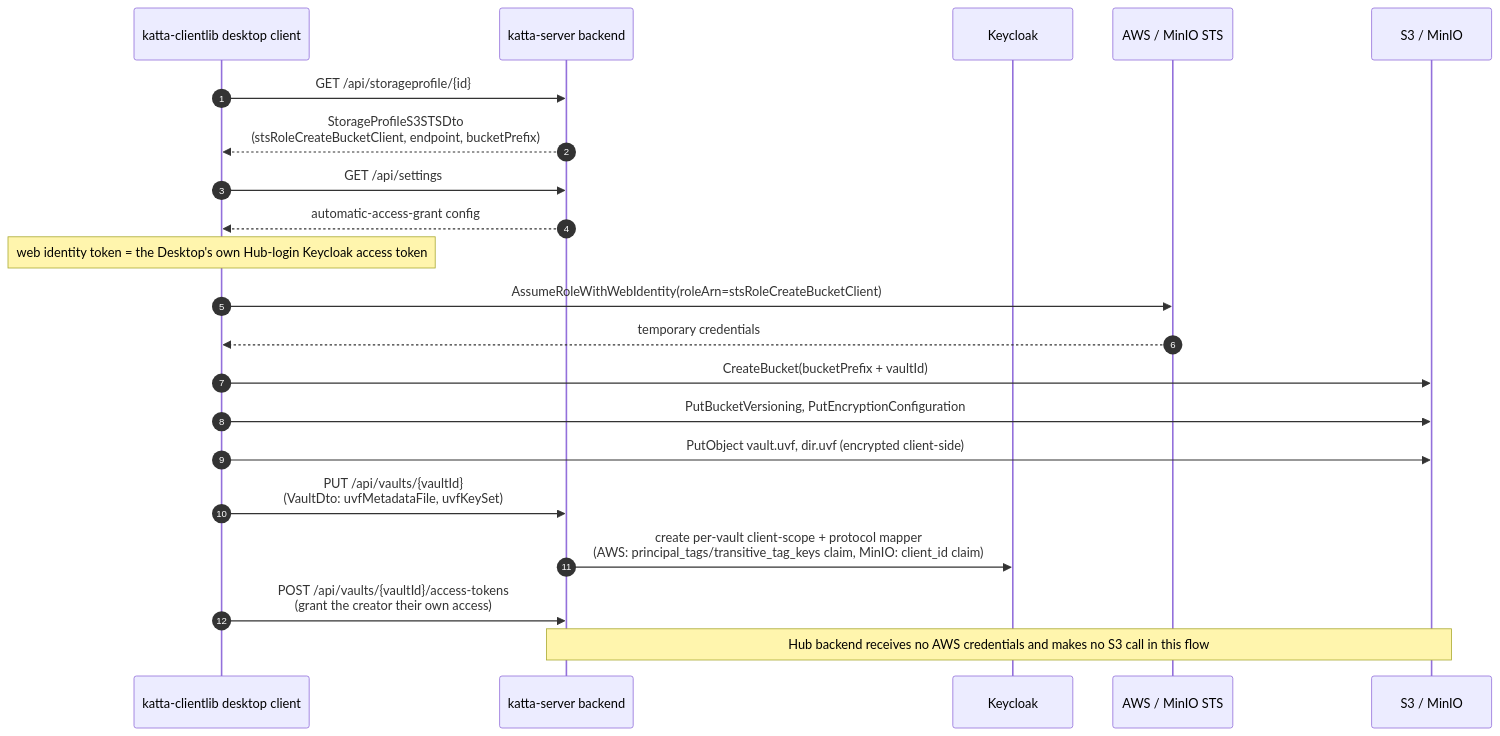
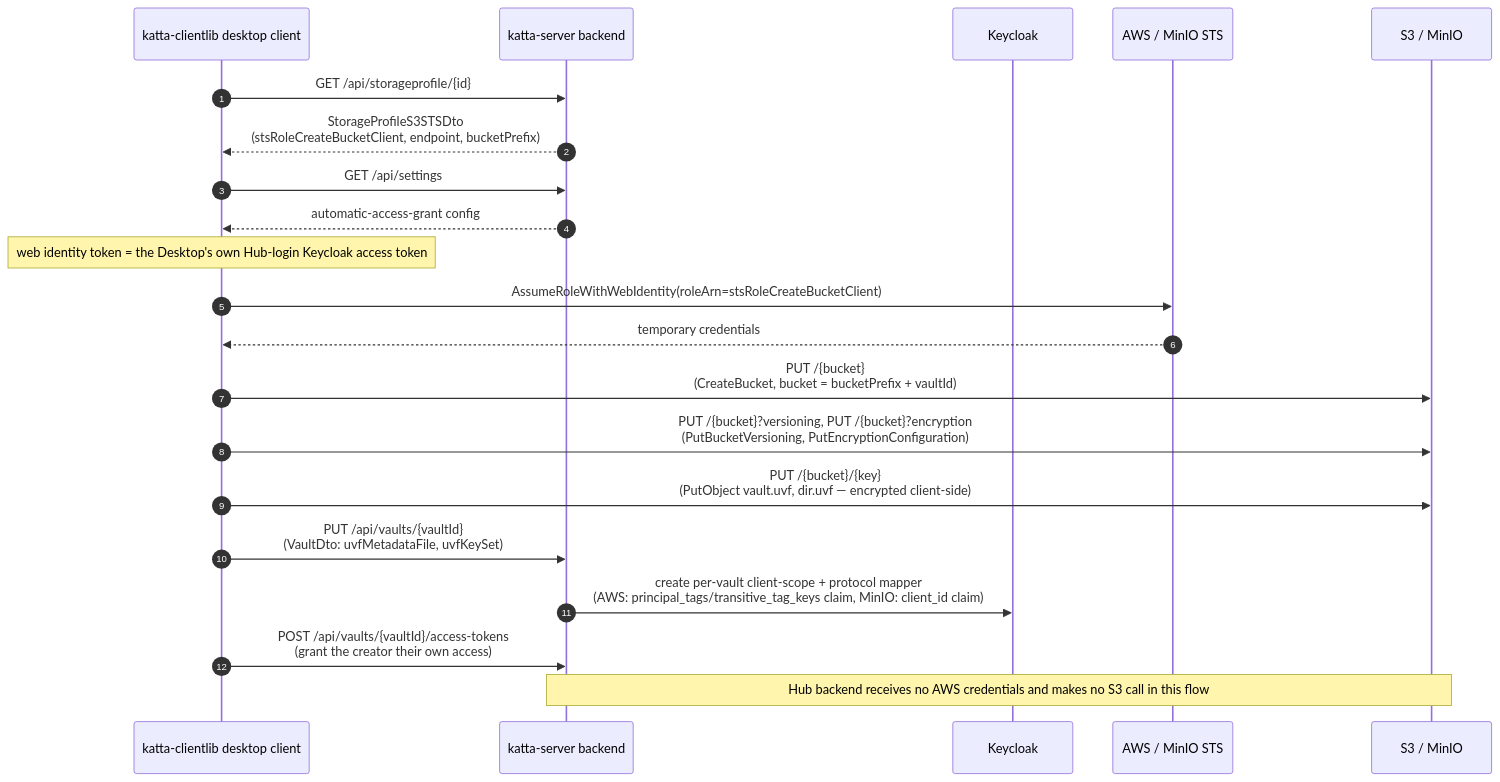
The second of 6 diagrams in docs/s3_interactions.md (shift7-ch/katta-clientlib), drawn with Mermaid before and after one commit. The commit also changed other lines of this file, not shown here.

First line of the commit message:
Add HTTP verb + REST endpoint labels to s3_interactions.md diagrams

````diff
--- a/docs/s3_interactions.md
+++ b/docs/s3_interactions.md
@@ -71,23 +71,23 @@
 ```mermaid
 sequenceDiagram
     autonumber
     participant Desktop as katta-clientlib desktop client
     participant HubBackend as katta-server backend
     participant Keycloak
     participant STS as AWS / MinIO STS
     participant S3 as S3 / MinIO
     Desktop ->> HubBackend: GET /api/storageprofile/{id}
     HubBackend -->> Desktop: StorageProfileS3STSDto<br/>(stsRoleCreateBucketClient, endpoint, bucketPrefix)
     Desktop ->> HubBackend: GET /api/settings
     HubBackend -->> Desktop: automatic-access-grant config
     Note over Desktop: web identity token = the Desktop's own Hub-login Keycloak access token
     Desktop ->> STS: AssumeRoleWithWebIdentity(roleArn=stsRoleCreateBucketClient)
     STS -->> Desktop: temporary credentials
-    Desktop ->> S3: CreateBucket(bucketPrefix + vaultId)
-    Desktop ->> S3: PutBucketVersioning, PutEncryptionConfiguration
-    Desktop ->> S3: PutObject vault.uvf, dir.uvf (encrypted client-side)
+    Desktop ->> S3: PUT /{bucket}<br/>(CreateBucket, bucket = bucketPrefix + vaultId)
+    Desktop ->> S3: PUT /{bucket}?versioning, PUT /{bucket}?encryption<br/>(PutBucketVersioning, PutEncryptionConfiguration)
+    Desktop ->> S3: PUT /{bucket}/{key}<br/>(PutObject vault.uvf, dir.uvf — encrypted client-side)
     Desktop ->> HubBackend: PUT /api/vaults/{vaultId}<br/>(VaultDto: uvfMetadataFile, uvfKeySet)
     HubBackend ->> Keycloak: create per-vault client-scope + protocol mapper<br/>(AWS: principal_tags/transitive_tag_keys claim, MinIO: client_id claim)
     Desktop ->> HubBackend: POST /api/vaults/{vaultId}/access-tokens<br/>(grant the creator their own access)
     Note over HubBackend, S3: Hub backend receives no AWS credentials and makes no S3 call in this flow
 ```
````
